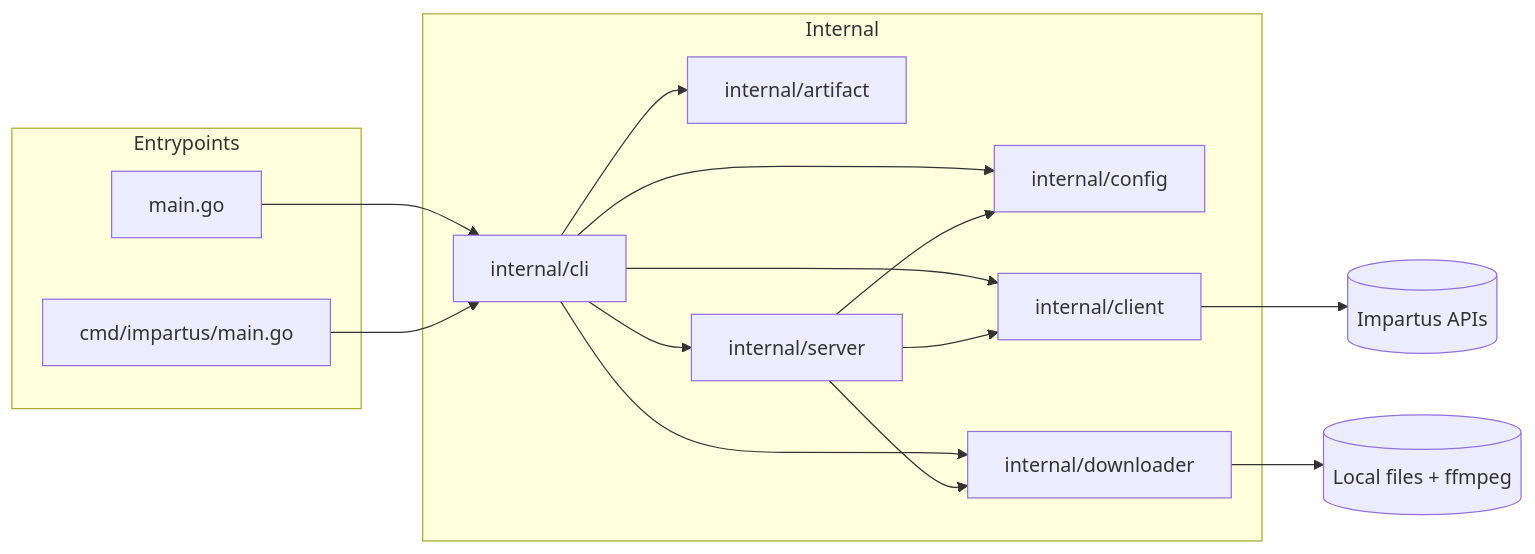
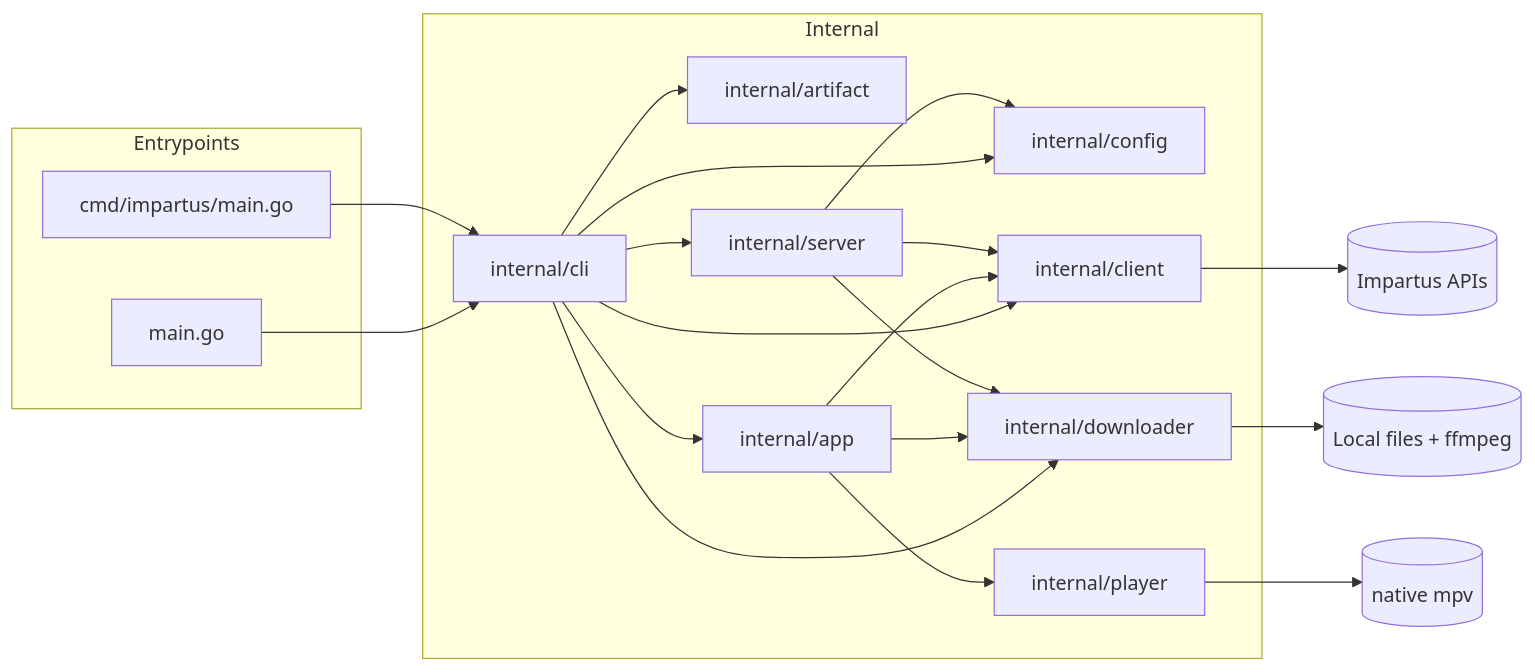
One commit to rabesss/impartus-cli changed the fifth of 5 diagrams in docs/architecture.md. Above: the diagram before and after it, drawn with Mermaid. The commit also changed other lines of this file and 23 other files, not shown here.

Commit message:
feat(cli): supervise mpv over private JSON IPC

````diff
--- a/docs/architecture.md
+++ b/docs/architecture.md
@@ -127,32 +150,40 @@
 ```mermaid
 flowchart LR
   subgraph Entrypoints
     M1[main.go]
     M2[cmd/impartus/main.go]
   end
 
   subgraph Internal
     CLI[internal/cli]
     CFG[internal/config]
     CLT[internal/client]
     DL[internal/downloader]
     ART[internal/artifact]
+    APP[internal/app]
+    PLR[internal/player]
     SRV[internal/server]
   end
 
   IMP[(Impartus APIs)]
   FS[(Local files + ffmpeg)]
+  MPV[(native mpv)]
 
   M1 --> CLI
   M2 --> CLI
   CLI --> CFG
   CLI --> CLT
   CLI --> DL
   CLI --> ART
+  CLI --> APP
   CLI --> SRV
+  APP --> CLT
+  APP --> DL
+  APP --> PLR
   SRV --> CFG
   SRV --> CLT
   SRV --> DL
   CLT --> IMP
   DL --> FS
+  PLR --> MPV
 ```
````
